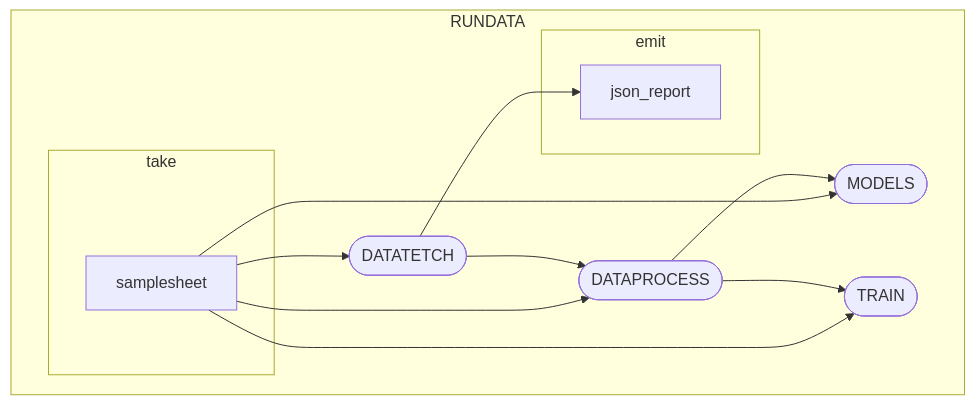
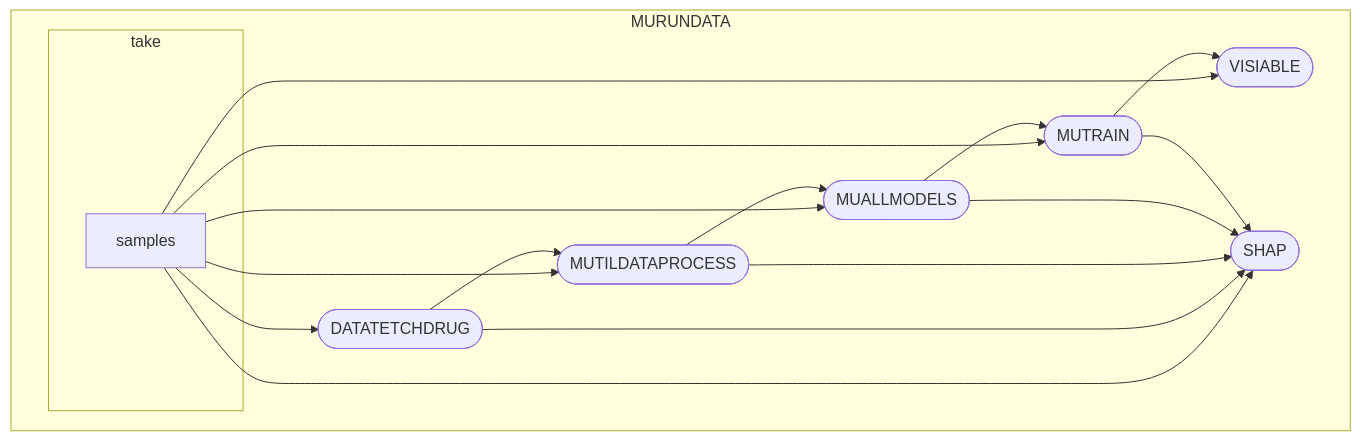
One commit to bai123350/nfdrug changed the diagram in README.md. Above: the diagram before and after it, drawn with Mermaid.

````diff
--- a/README.md
+++ b/README.md
@@ -16,23 +16,28 @@
 ```mermaid
 flowchart TB
-    subgraph RUNDATA
+    subgraph MURUNDATA
     subgraph take
-    v0["samplesheet"]
+    v0["samples"]
     end
-    v3([DATATETCH])
-    v6([DATAPROCESS])
-    v7([MODELS])
-    v8([TRAIN])
-    subgraph emit
-    v9["json_report"]
-    end
+    v3([DATATETCHDRUG])
+    v4([MUTILDATAPROCESS])
+    v5([MUALLMODELS])
+    v6([MUTRAIN])
+    v7([VISIABLE])
+    v8([SHAP])
     v0 --> v3
+    v0 --> v4
+    v3 --> v4
+    v0 --> v5
+    v4 --> v5
     v0 --> v6
-    v3 --> v6
+    v5 --> v6
     v0 --> v7
     v6 --> v7
     v0 --> v8
+    v3 --> v8
+    v4 --> v8
+    v5 --> v8
     v6 --> v8
-    v3 --> v9
     end
 ```
````
